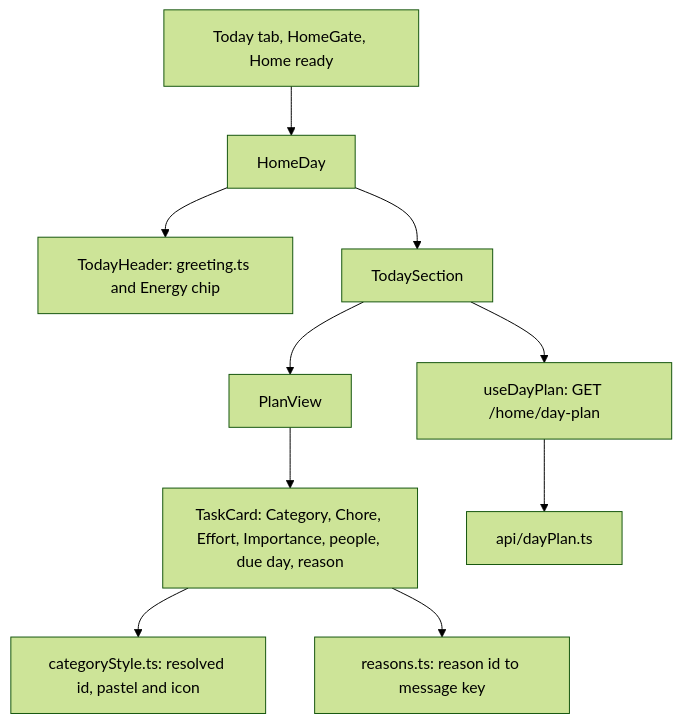
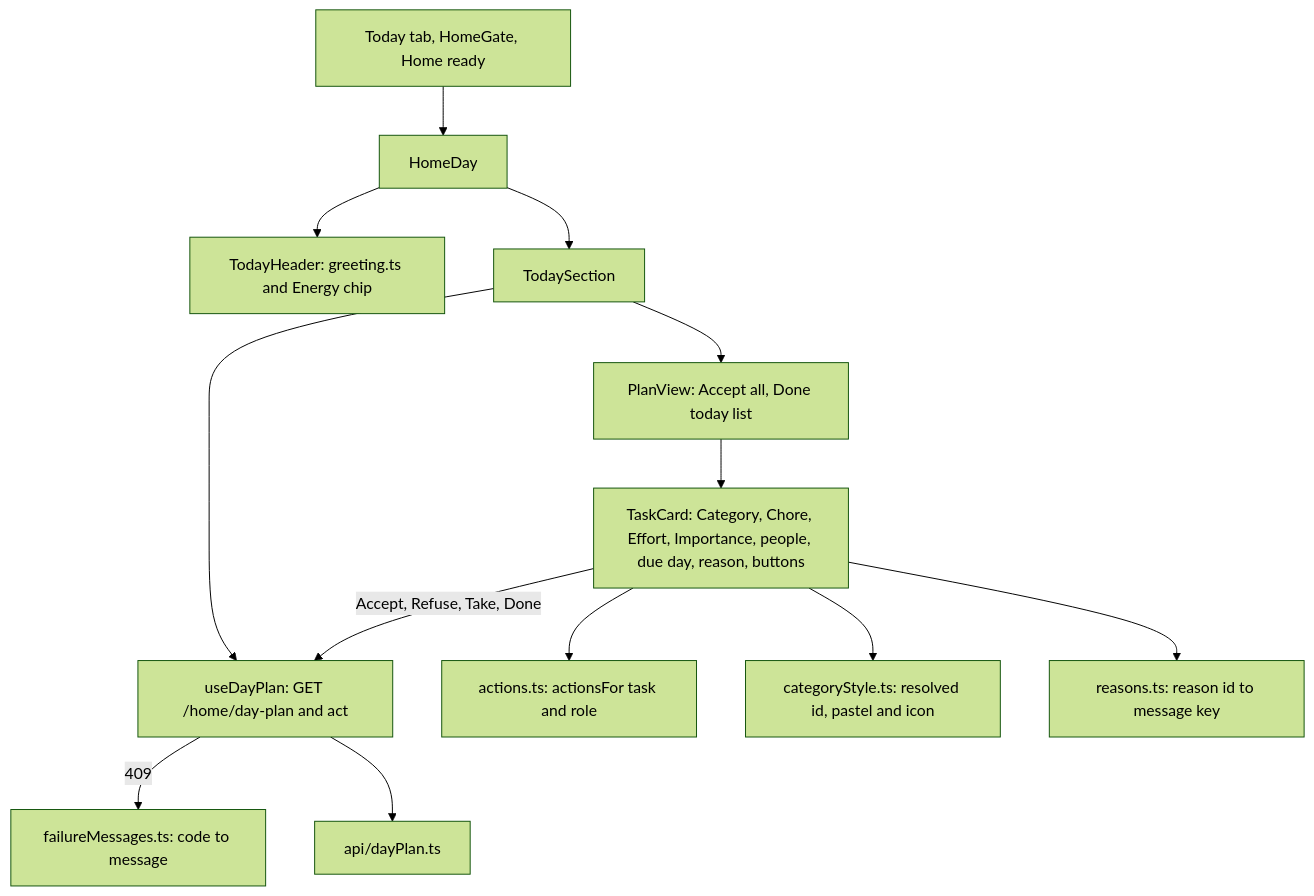
Before and after one commit to AbnerWillclefy/Homeowner: the eighth of 10 diagrams in docs/architecture/web.md, drawn with Mermaid (forest theme). The commit also changed other lines of this file and 1 other file, not shown here.

Commit message:
docs(architecture): describe day plan actions in the web app; add pt-BR glossary rows

````diff
--- a/docs/architecture/web.md
+++ b/docs/architecture/web.md
@@ -334,12 +334,15 @@
 ```mermaid
 flowchart TD
     HS[Today tab, HomeGate, Home ready] --> HD[HomeDay]
     HD --> TH[TodayHeader: greeting.ts and Energy chip]
     HD --> TS[TodaySection]
-    TS --> UD[useDayPlan: GET /home/day-plan]
-    TS --> PV[PlanView]
-    PV --> TC[TaskCard: Category, Chore, Effort, Importance, people, due day, reason]
+    TS --> UD[useDayPlan: GET /home/day-plan and act]
+    TS --> PV[PlanView: Accept all, Done today list]
+    PV --> TC[TaskCard: Category, Chore, Effort, Importance, people, due day, reason, buttons]
+    TC --> AC[actions.ts: actionsFor task and role]
+    TC -->|Accept, Refuse, Take, Done| UD
+    UD -->|409| FM[failureMessages.ts: code to message]
     TC --> CS[categoryStyle.ts: resolved id, pastel and icon]
     TC --> R[reasons.ts: reason id to message key]
     UD --> API[api/dayPlan.ts]
 ```
````
